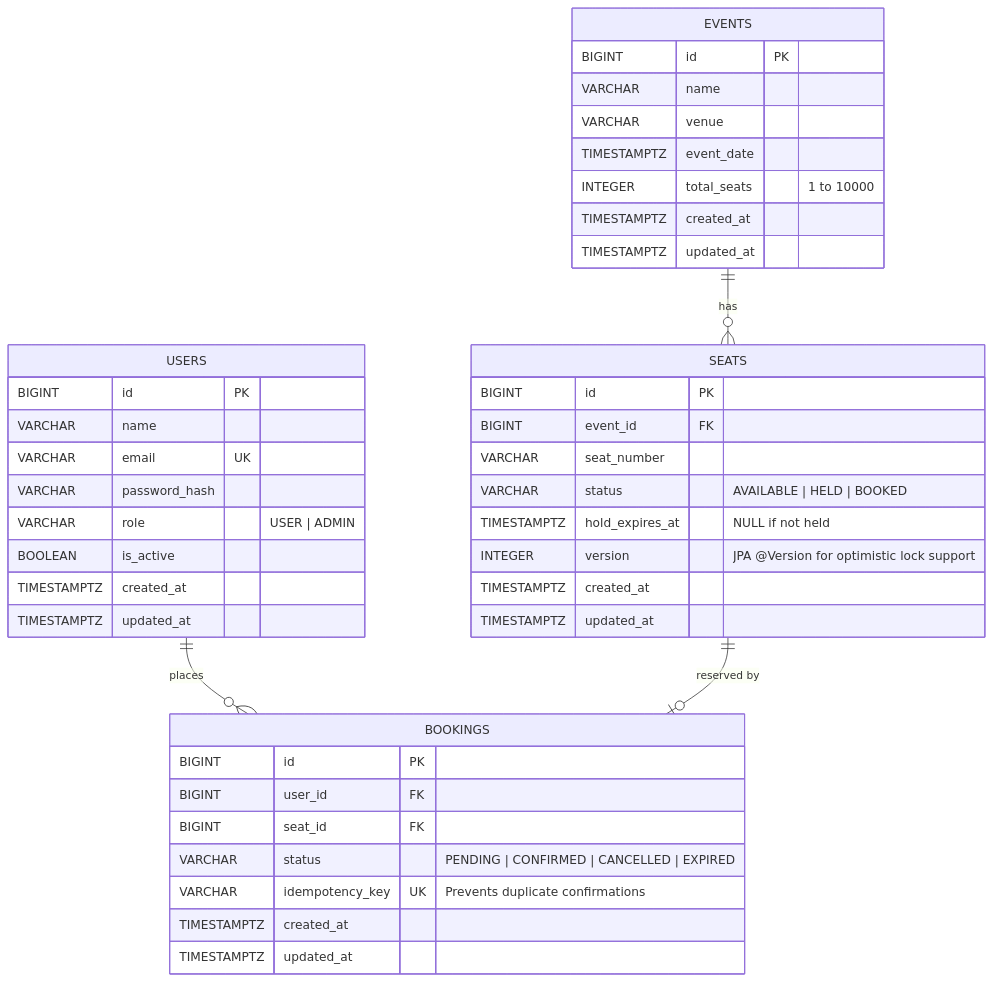
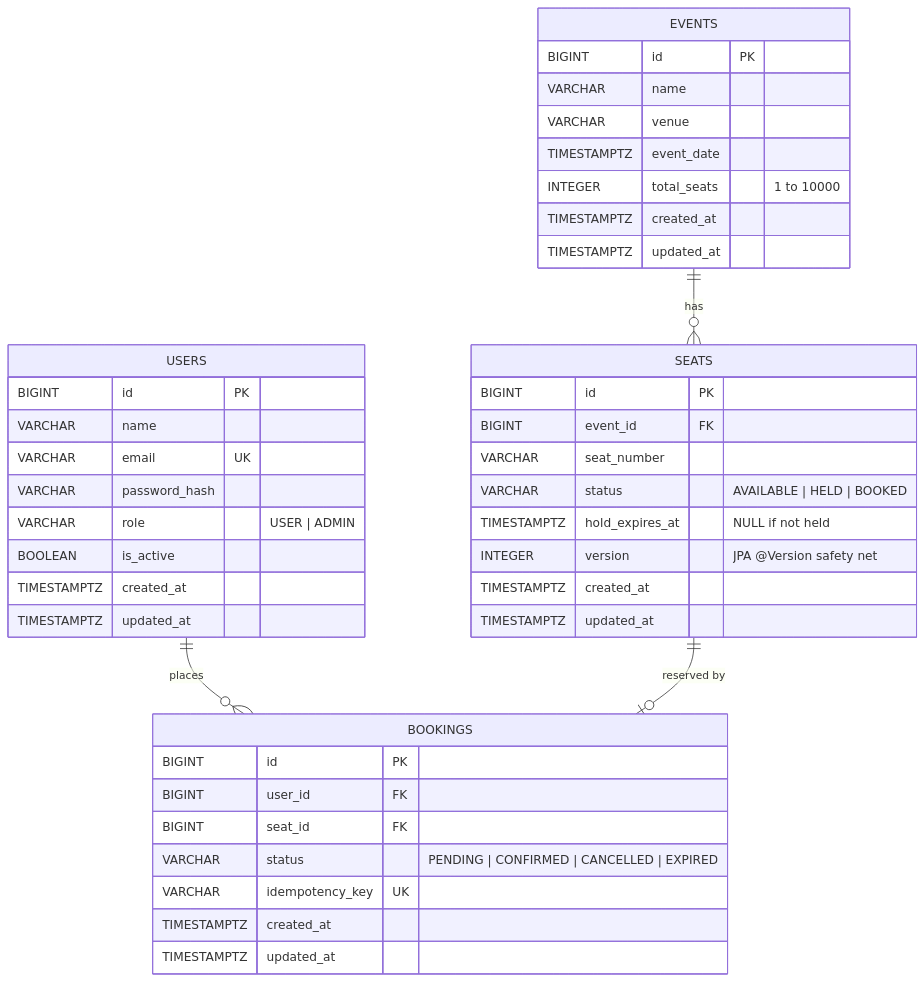
Before and after one commit to BarathJogi/High-Concurrency-Event-Ticketing-API: the fourth of 5 diagrams in README.md, drawn with Mermaid. The commit also changed other lines of this file, not shown here.

````diff
--- a/README.md
+++ b/README.md
@@ -392,48 +393,48 @@
 ```mermaid
 erDiagram
     USERS {
         BIGINT id PK
         VARCHAR name
         VARCHAR email UK
         VARCHAR password_hash
         VARCHAR role "USER | ADMIN"
         BOOLEAN is_active
         TIMESTAMPTZ created_at
         TIMESTAMPTZ updated_at
     }
 
     EVENTS {
         BIGINT id PK
         VARCHAR name
         VARCHAR venue
         TIMESTAMPTZ event_date
         INTEGER total_seats "1 to 10000"
         TIMESTAMPTZ created_at
         TIMESTAMPTZ updated_at
     }
 
     SEATS {
         BIGINT id PK
         BIGINT event_id FK
         VARCHAR seat_number
         VARCHAR status "AVAILABLE | HELD | BOOKED"
         TIMESTAMPTZ hold_expires_at "NULL if not held"
-        INTEGER version "JPA @Version for optimistic lock support"
+        INTEGER version "JPA @Version safety net"
         TIMESTAMPTZ created_at
         TIMESTAMPTZ updated_at
     }
 
     BOOKINGS {
         BIGINT id PK
         BIGINT user_id FK
         BIGINT seat_id FK
         VARCHAR status "PENDING | CONFIRMED | CANCELLED | EXPIRED"
-        VARCHAR idempotency_key UK "Prevents duplicate confirmations"
+        VARCHAR idempotency_key UK
         TIMESTAMPTZ created_at
         TIMESTAMPTZ updated_at
     }
 
     USERS ||--o{ BOOKINGS : "places"
     EVENTS ||--o{ SEATS : "has"
     SEATS ||--o| BOOKINGS : "reserved by"
 ```
````
